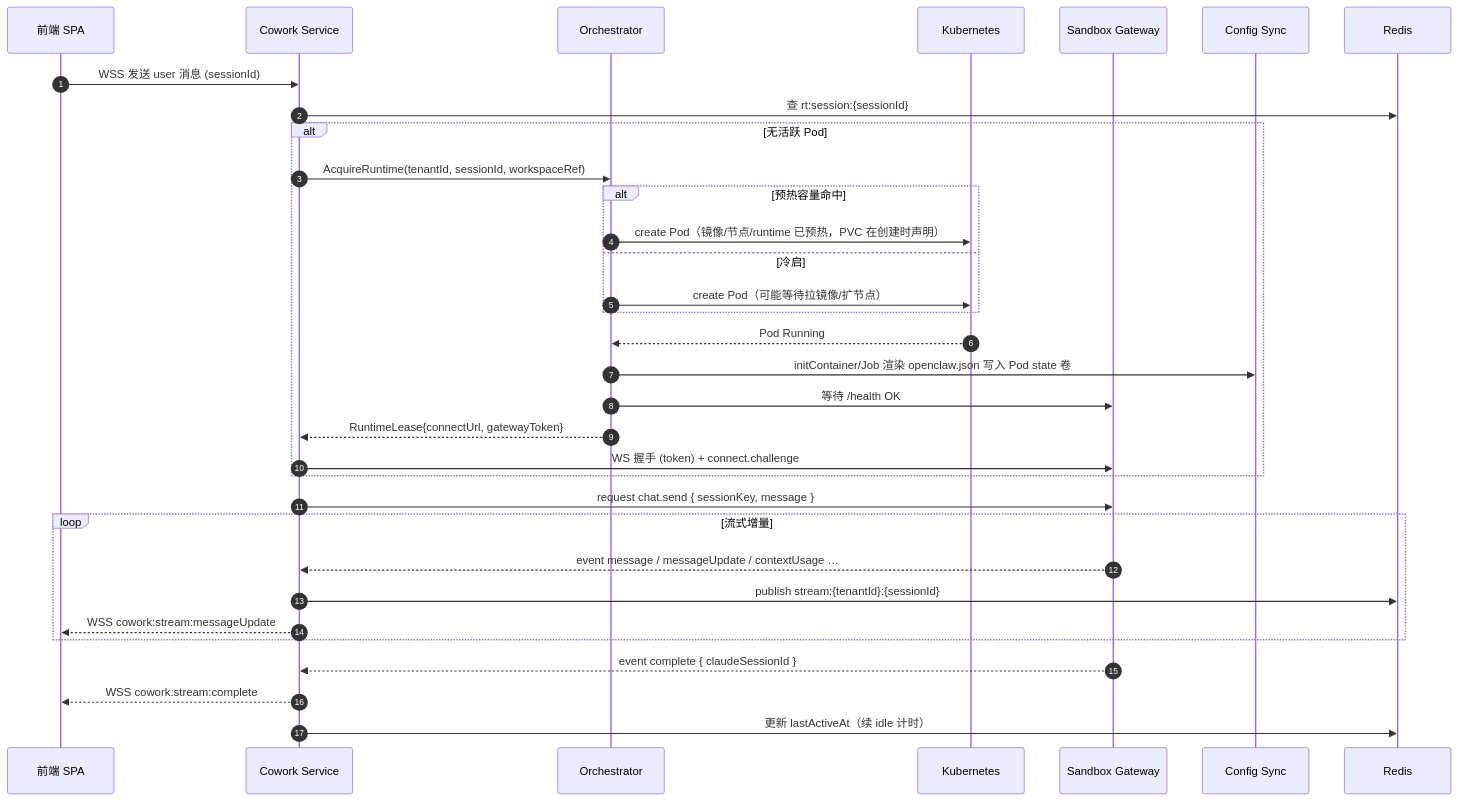
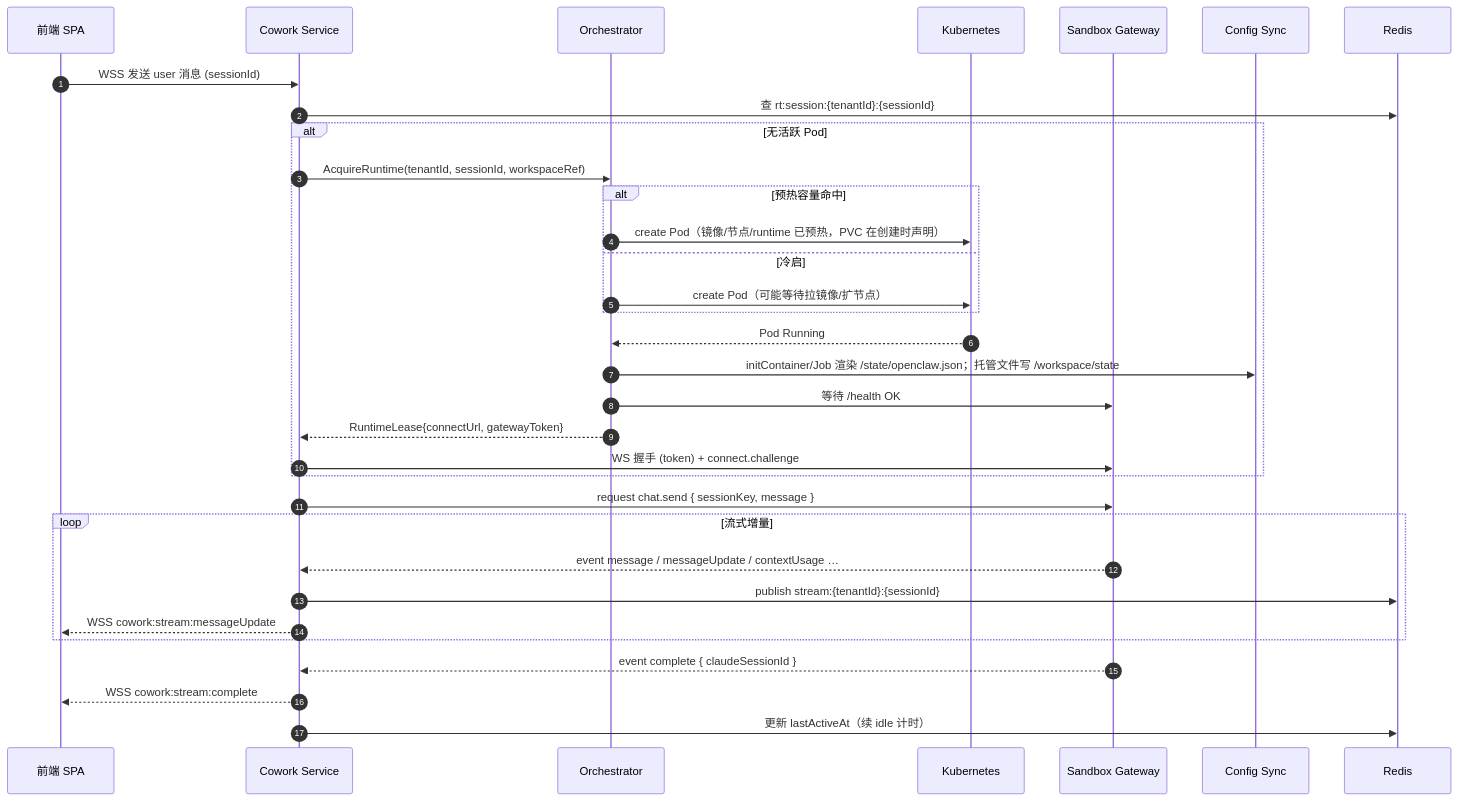
The fourth of 7 diagrams in 改造计划/07-OpenClaw运行时编排与沙箱隔离.md (edward-ng-duke/LobsterAI), drawn with Mermaid before and after one commit. The commit also changed other lines of this file and 27 other files, not shown here.

````diff
--- a/改造计划/07-OpenClaw运行时编排与沙箱隔离.md
+++ b/改造计划/07-OpenClaw运行时编排与沙箱隔离.md
@@ -338,35 +343,35 @@
 ```mermaid
 sequenceDiagram
   autonumber
   participant FE as 前端 SPA
   participant COW as Cowork Service
   participant ORCH as Orchestrator
   participant K8s as Kubernetes
   participant GW as Sandbox Gateway
   participant CFG as Config Sync
 
   FE->>COW: WSS 发送 user 消息 (sessionId)
-  COW->>Redis: 查 rt:session:{sessionId}
+  COW->>Redis: 查 rt:session:{tenantId}:{sessionId}
   alt 无活跃 Pod
     COW->>ORCH: AcquireRuntime(tenantId, sessionId, workspaceRef)
     alt 预热容量命中
       ORCH->>K8s: create Pod（镜像/节点/runtime 已预热，PVC 在创建时声明）
     else 冷启
       ORCH->>K8s: create Pod（可能等待拉镜像/扩节点）
     end
     K8s-->>ORCH: Pod Running
-    ORCH->>CFG: initContainer/Job 渲染 openclaw.json 写入 Pod state 卷
+    ORCH->>CFG: initContainer/Job 渲染 /state/openclaw.json；托管文件写 /workspace/state
     ORCH->>GW: 等待 /health OK
     ORCH-->>COW: RuntimeLease{connectUrl, gatewayToken}
     COW->>GW: WS 握手 (token) + connect.challenge
   end
   COW->>GW: request chat.send { sessionKey, message }
   loop 流式增量
     GW-->>COW: event message / messageUpdate / contextUsage …
     COW->>Redis: publish stream:{tenantId}:{sessionId}
     COW-->>FE: WSS cowork:stream:messageUpdate
   end
   GW-->>COW: event complete { claudeSessionId }
   COW-->>FE: WSS cowork:stream:complete
   COW->>Redis: 更新 lastActiveAt（续 idle 计时）
 ```
````
